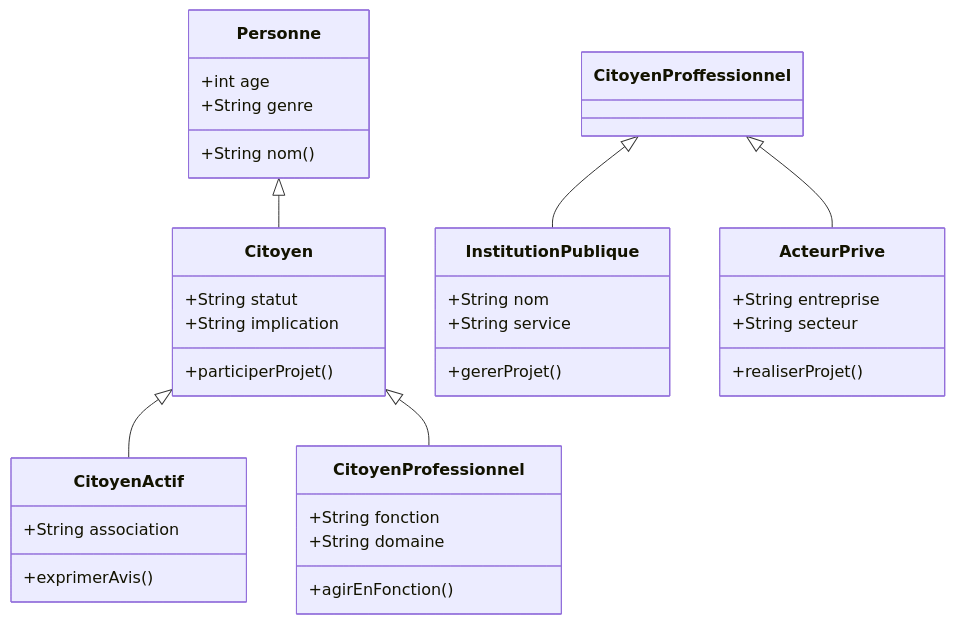
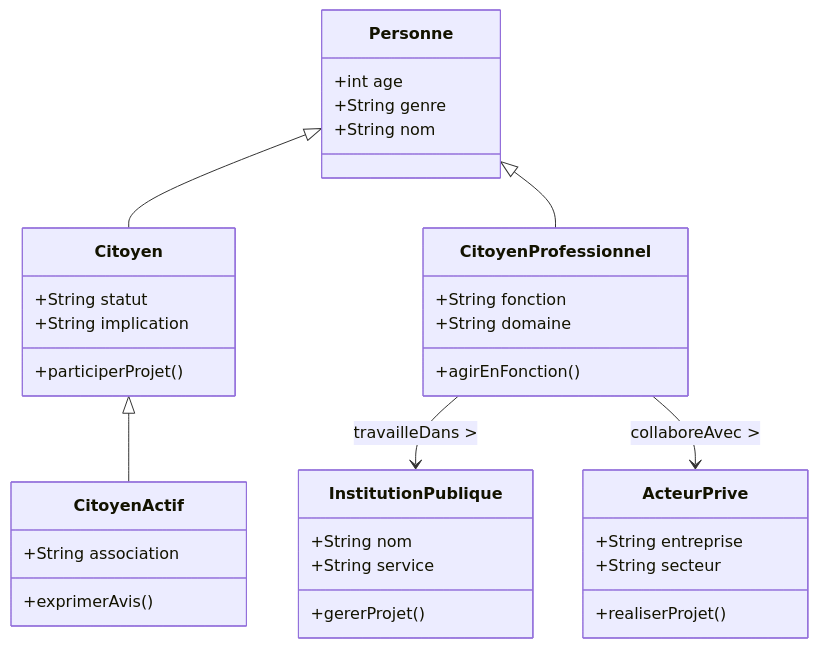
The diagram in acteurskahiachi3.md (kahiarchi/plaine---saint--Denis---batiment-), drawn with Mermaid before and after one commit.

````diff
--- a/acteurskahiachi3.md
+++ b/acteurskahiachi3.md
@@ -1,42 +1,47 @@
 ```mermaid
 classDiagram
+    %% Hiérarchie des individus
     Personne <|-- Citoyen
+    Personne <|-- CitoyenProfessionnel
     Citoyen <|-- CitoyenActif
-    Citoyen <|-- CitoyenProfessionnel
-    CitoyenProffessionnel <|-- InstitutionPublique 
-    CitoyenProffessionnel <|-- ActeurPrive 
-   
+
+    %% Associations du citoyen professionnel avec les structures
+    CitoyenProfessionnel --> InstitutionPublique : travailleDans >
+    CitoyenProfessionnel --> ActeurPrive : collaboreAvec >
+
   class Personne {
      +int age
      +String genre
-     +String nom ()
-    }
+     +String nom
+  }
 
   class Citoyen {
      +String statut 
      +String implication
      +participerProjet()
-    }
-class CitoyenProfessionnel{
-      +String fonction
-      +String domaine
-      +agirEnFonction()
-      
-     }
-  class CitoyenActif{
-          +String association
-          +exprimerAvis()
-          }
-    
-   class InstitutionPublique{
-      +String nom
-      +String service
-      +gererProjet()
-     }
-   class ActeurPrive{
-      +String entreprise
-      +String secteur
-      +realiserProjet()
-     }
+  }
+
+  class CitoyenActif {
+     +String association
+     +exprimerAvis()
+  }
+
+  class CitoyenProfessionnel {
+     +String fonction
+     +String domaine
+     +agirEnFonction()
+  }
+
+  class InstitutionPublique {
+     +String nom
+     +String service
+     +gererProjet()
+  }
+
+  class ActeurPrive {
+     +String entreprise
+     +String secteur
+     +realiserProjet()
+  }
   
 ```
````
